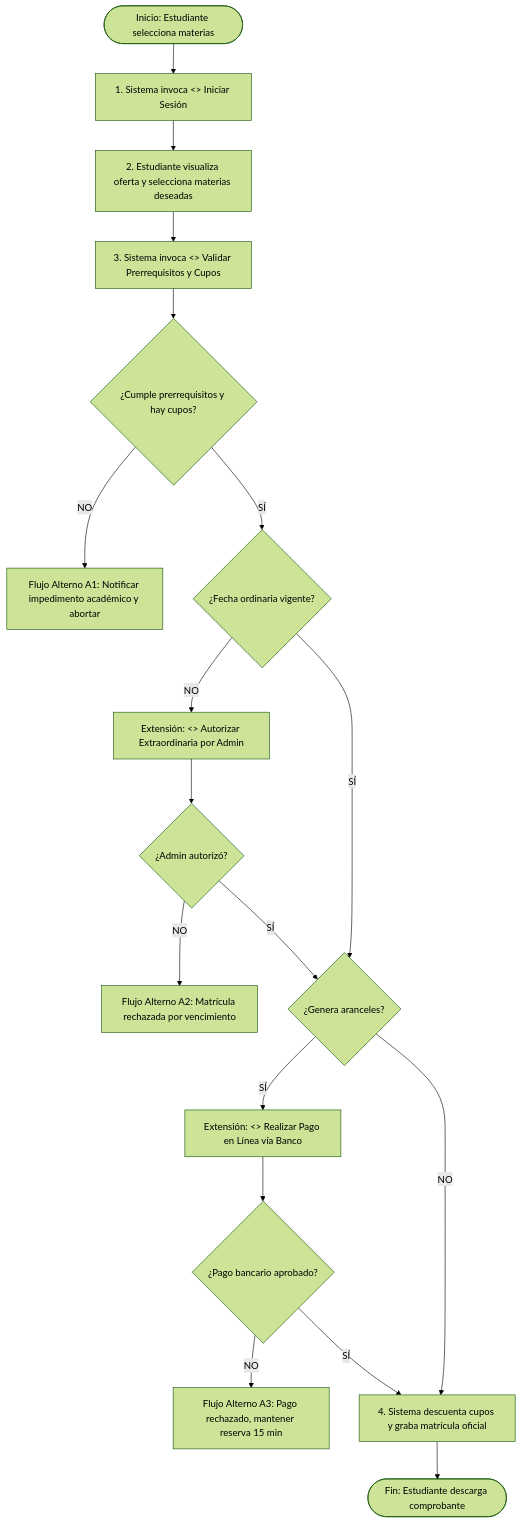
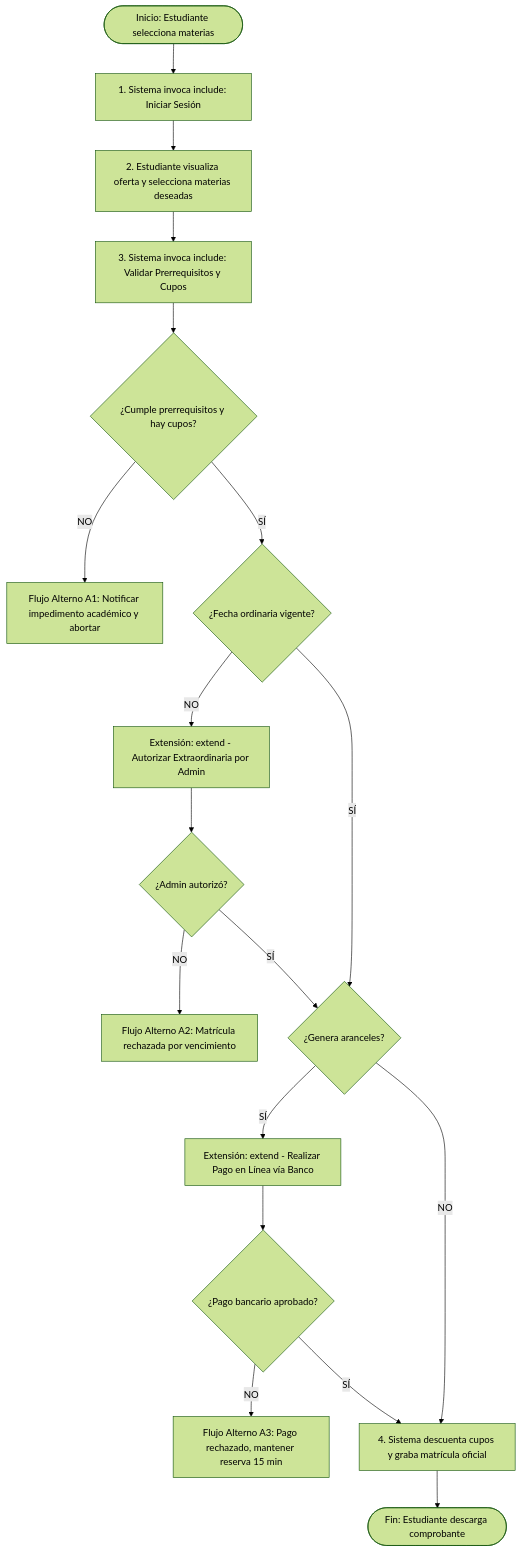
The third of 5 diagrams in Semana 2/Clase 2.1 - Ejemplo UML Casos de Uso Matriculas.md (ByronMoreno/dise-o-arquitectura), drawn with Mermaid (forest theme) before and after one commit. The commit also changed other lines of this file and 5 other files, not shown here.

Commit message:
rectificado el uml semana 2

````diff
--- a/Semana 2/Clase 2.1 - Ejemplo UML Casos de Uso Matriculas.md
+++ b/Semana 2/Clase 2.1 - Ejemplo UML Casos de Uso Matriculas.md
@@ -138,25 +138,25 @@
 ```mermaid
 flowchart TD
-  Inicio([Inicio: Estudiante selecciona materias]) --> P1[1. Sistema invoca <<include>> Iniciar Sesión]
-  P1 --> P2[2. Estudiante visualiza oferta y selecciona materias deseadas]
-  P2 --> P3[3. Sistema invoca <<include>> Validar Prerrequisitos y Cupos]
+  Inicio(["Inicio: Estudiante selecciona materias"]) --> P1["1. Sistema invoca include: Iniciar Sesión"]
+  P1 --> P2["2. Estudiante visualiza oferta y selecciona materias deseadas"]
+  P2 --> P3["3. Sistema invoca include: Validar Prerrequisitos y Cupos"]
   
-  P3 --> ValPrereq{¿Cumple prerrequisitos y hay cupos?}
-  ValPrereq -- NO --> ErrorPrereq[Flujo Alterno A1: Notificar impedimento académico y abortar]
-  ValPrereq -- SÍ --> CheckFecha{¿Fecha ordinaria vigente?}
+  P3 --> ValPrereq{"¿Cumple prerrequisitos y hay cupos?"}
+  ValPrereq -- NO --> ErrorPrereq["Flujo Alterno A1: Notificar impedimento académico y abortar"]
+  ValPrereq -- SÍ --> CheckFecha{"¿Fecha ordinaria vigente?"}
 
-  CheckFecha -- NO --> ExtAdmin[Extensión: <<extend>> Autorizar Extraordinaria por Admin]
-  ExtAdmin --> CheckAutorizado{¿Admin autorizó?}
-  CheckAutorizado -- NO --> ErrorAdmin[Flujo Alterno A2: Matrícula rechazada por vencimiento]
+  CheckFecha -- NO --> ExtAdmin["Extensión: extend - Autorizar Extraordinaria por Admin"]
+  ExtAdmin --> CheckAutorizado{"¿Admin autorizó?"}
+  CheckAutorizado -- NO --> ErrorAdmin["Flujo Alterno A2: Matrícula rechazada por vencimiento"]
   CheckAutorizado -- SÍ --> CheckPago
 
-  CheckFecha -- SÍ --> CheckPago{¿Genera aranceles?}
+  CheckFecha -- SÍ --> CheckPago{"¿Genera aranceles?"}
 
-  CheckPago -- SÍ --> ExtPago[Extensión: <<extend>> Realizar Pago en Línea vía Banco]
-  ExtPago --> ValPago{¿Pago bancario aprobado?}
-  ValPago -- NO --> ErrorPago[Flujo Alterno A3: Pago rechazado, mantener reserva 15 min]
+  CheckPago -- SÍ --> ExtPago["Extensión: extend - Realizar Pago en Línea vía Banco"]
+  ExtPago --> ValPago{"¿Pago bancario aprobado?"}
+  ValPago -- NO --> ErrorPago["Flujo Alterno A3: Pago rechazado, mantener reserva 15 min"]
   ValPago -- SÍ --> Confirmar
 
-  CheckPago -- NO --> Confirmar[4. Sistema descuenta cupos y graba matrícula oficial]
-  Confirmar --> Fin([Fin: Estudiante descarga comprobante])
+  CheckPago -- NO --> Confirmar["4. Sistema descuenta cupos y graba matrícula oficial"]
+  Confirmar --> Fin(["Fin: Estudiante descarga comprobante"])
 ```
````
